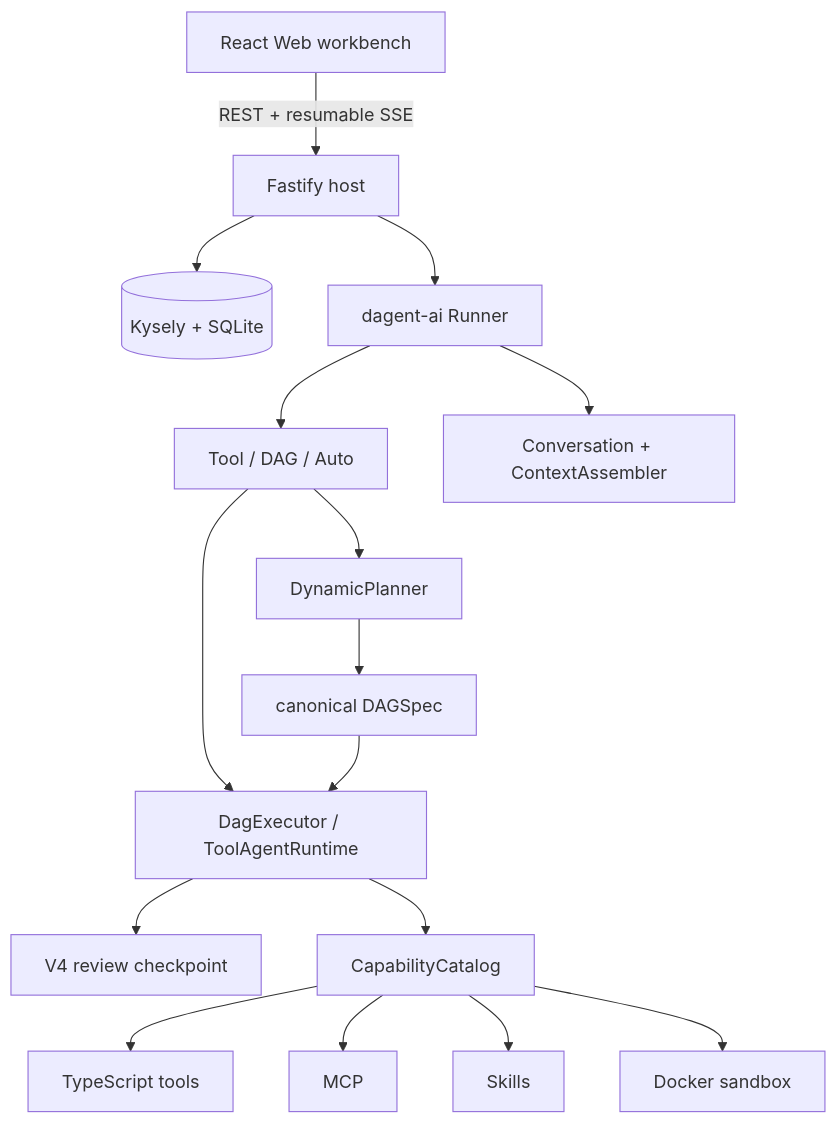
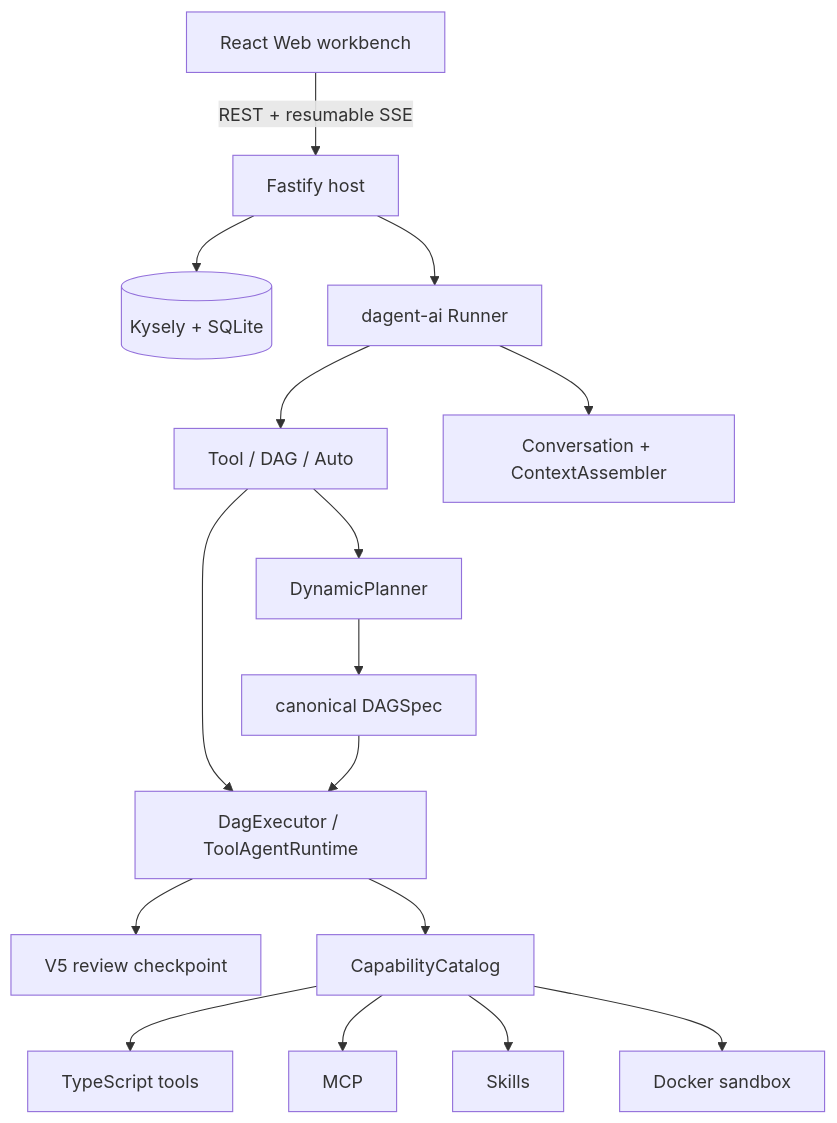
The diagram in README.md (RobotSe7en/dagent-ts), drawn with Mermaid before and after one commit. The commit also changed other lines of this file and 141 other files, not shown here.

````diff
--- a/README.md
+++ b/README.md
@@ -149,20 +161,20 @@
 ```mermaid
 flowchart TB
   Web["React Web workbench"] -->|REST + resumable SSE| App
   App["Fastify host"] --> DB[("Kysely + SQLite")]
   App --> Runner
 
   Runner["dagent-ai Runner"] --> Router["Tool / DAG / Auto"]
   Runner --> Context["Conversation + ContextAssembler"]
   Router --> Planner["DynamicPlanner"]
   Router --> Executor["DagExecutor / ToolAgentRuntime"]
   Planner --> Spec["canonical DAGSpec"]
   Spec --> Executor
-  Executor --> Review["V4 review checkpoint"]
+  Executor --> Review["V5 review checkpoint"]
   Executor --> Catalog["CapabilityCatalog"]
 
   Catalog --> TS["TypeScript tools"]
   Catalog --> MCP["MCP"]
   Catalog --> Skills["Skills"]
   Catalog --> Sandbox["Docker sandbox"]
 ```
````
